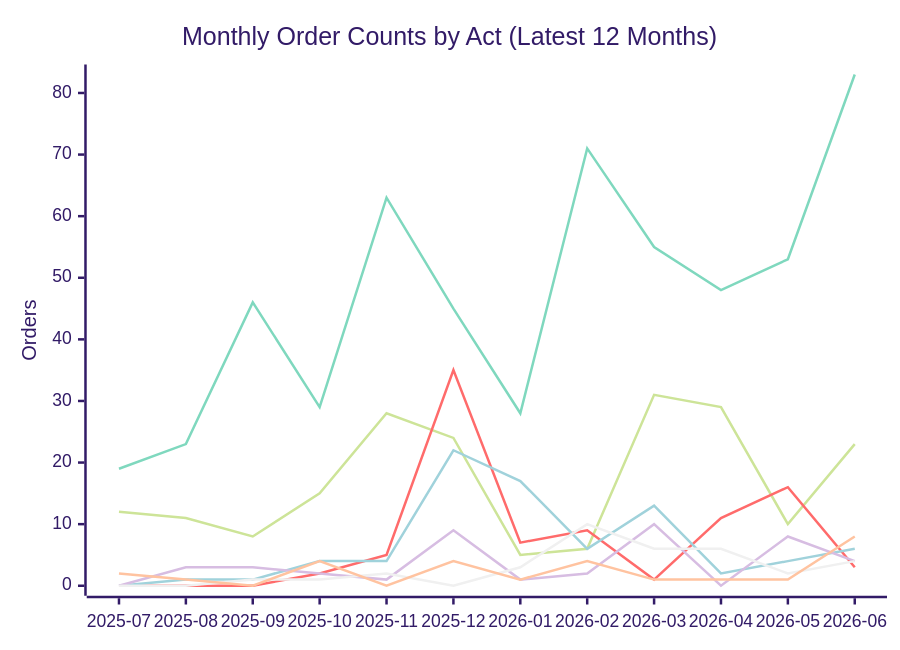
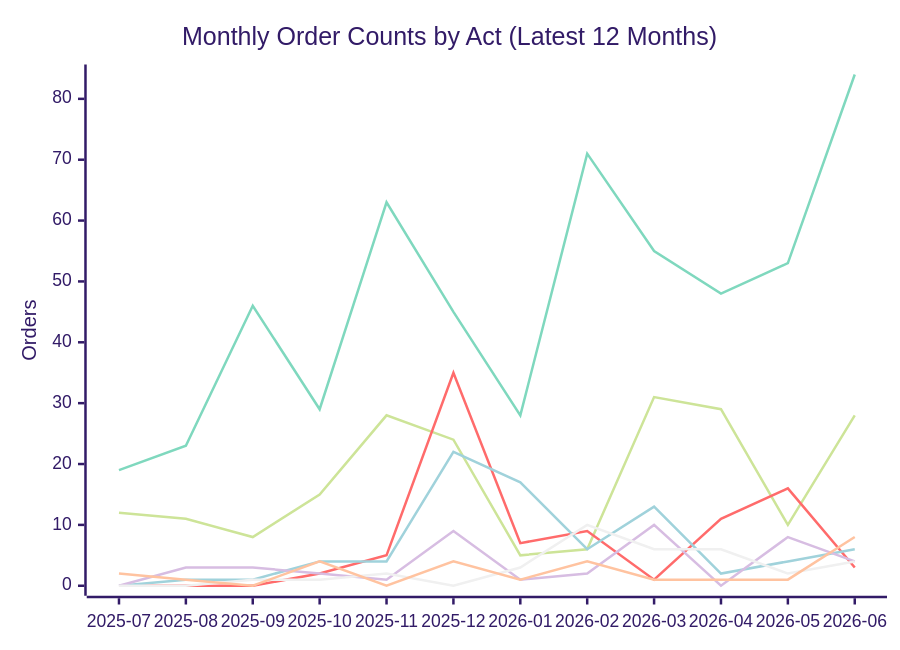
The second of 2 diagrams in README.md (PatLittle/oic-data), drawn with Mermaid (forest theme) before and after one commit. The commit also changed other lines of this file and 13 other files, not shown here.

````diff
--- a/README.md
+++ b/README.md
@@ -71,13 +71,13 @@
 ```mermaid
 xychart-beta
     title "Monthly Order Counts by Act (Latest 12 Months)"
     x-axis ["2025-07", "2025-08", "2025-09", "2025-10", "2025-11", "2025-12", "2026-01", "2026-02", "2026-03", "2026-04", "2026-05", "2026-06"]
-    y-axis "Orders" 0 --> 83
-    line [12, 11, 8, 15, 28, 24, 5, 6, 31, 29, 10, 23]
+    y-axis "Orders" 0 --> 84
+    line [12, 11, 8, 15, 28, 24, 5, 6, 31, 29, 10, 28]
     line [0, 0, 0, 2, 5, 35, 7, 9, 1, 11, 16, 3]
     line [0, 1, 1, 4, 4, 22, 17, 6, 13, 2, 4, 6]
     line [0, 3, 3, 2, 1, 9, 1, 2, 10, 0, 8, 4]
     line [0, 0, 1, 1, 2, 0, 3, 10, 6, 6, 2, 4]
     line [2, 1, 0, 4, 0, 4, 1, 4, 1, 1, 1, 8]
-    line [19, 23, 46, 29, 63, 45, 28, 71, 55, 48, 53, 83]
+    line [19, 23, 46, 29, 63, 45, 28, 71, 55, 48, 53, 84]
 ```
````
